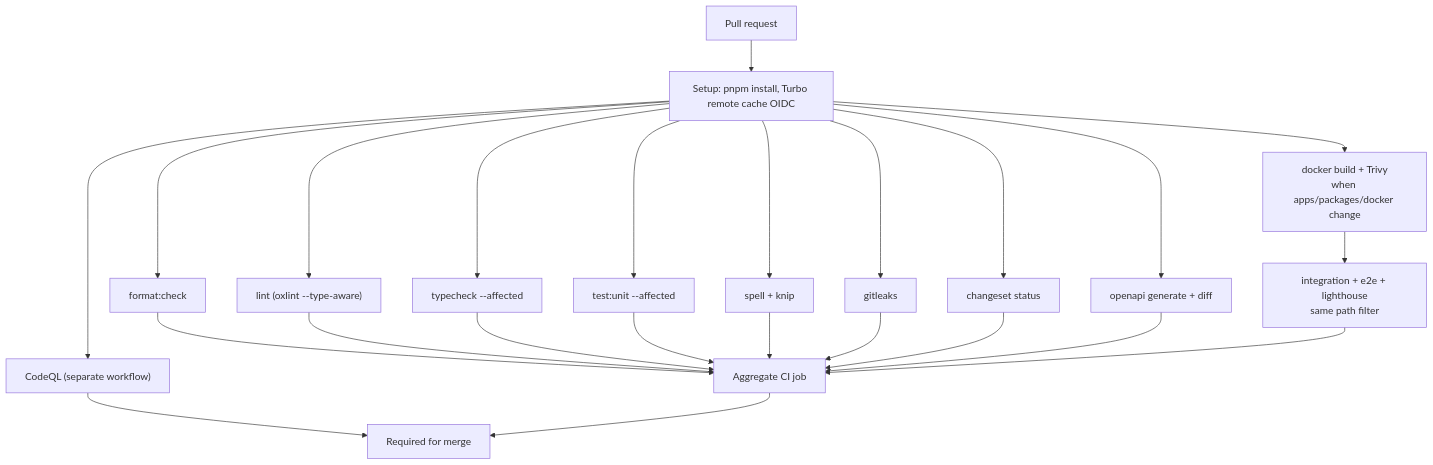
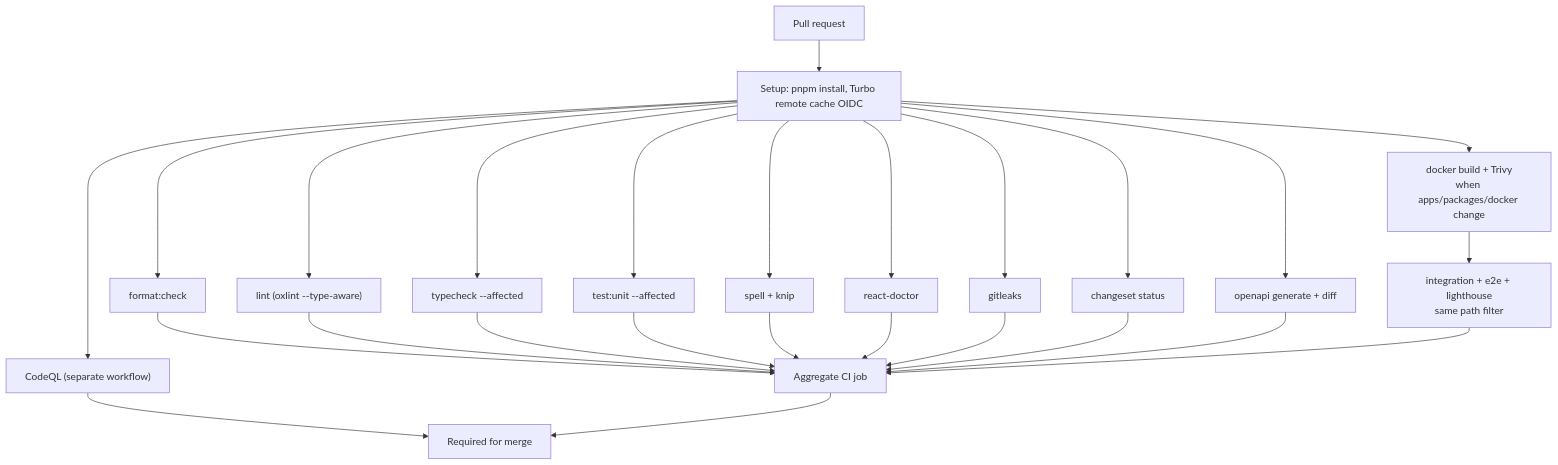
The second of 3 diagrams in docs/architecture/12-git-ci-release.md (jleveneur/nextjs-boilerplate), drawn with Mermaid before and after one commit. The commit also changed other lines of this file and 20 other files, not shown here.

First line of the commit message:
feat(ci): add pinned react-doctor as a quality gate

````diff
--- a/docs/architecture/12-git-ci-release.md
+++ b/docs/architecture/12-git-ci-release.md
@@ -103,26 +103,28 @@
 ```mermaid
 flowchart TB
     START["Pull request"] --> SETUP["Setup: pnpm install, Turbo remote cache OIDC"]
     SETUP --> A["format:check"]
     SETUP --> B["lint (oxlint --type-aware)"]
     SETUP --> C["typecheck --affected"]
     SETUP --> D["test:unit --affected"]
     SETUP --> E["spell + knip"]
+    SETUP --> RD["react-doctor"]
     SETUP --> F["gitleaks"]
     SETUP --> CQ["CodeQL (separate workflow)"]
     SETUP --> G["changeset status"]
     SETUP --> H["openapi generate + diff"]
     SETUP --> I["docker build + Trivy<br/>when apps/packages/docker change"]
     I --> J["integration + e2e + lighthouse<br/>same path filter"]
     A --> DONE["Aggregate CI job"]
     B --> DONE
     C --> DONE
     D --> DONE
     E --> DONE
+    RD --> DONE
     F --> DONE
     G --> DONE
     H --> DONE
     J --> DONE
     CQ --> PROT["Required for merge"]
     DONE --> PROT
 ```
````
